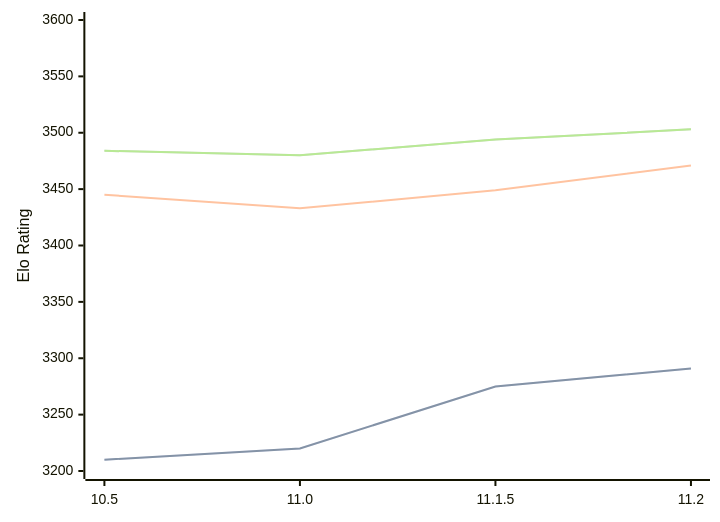
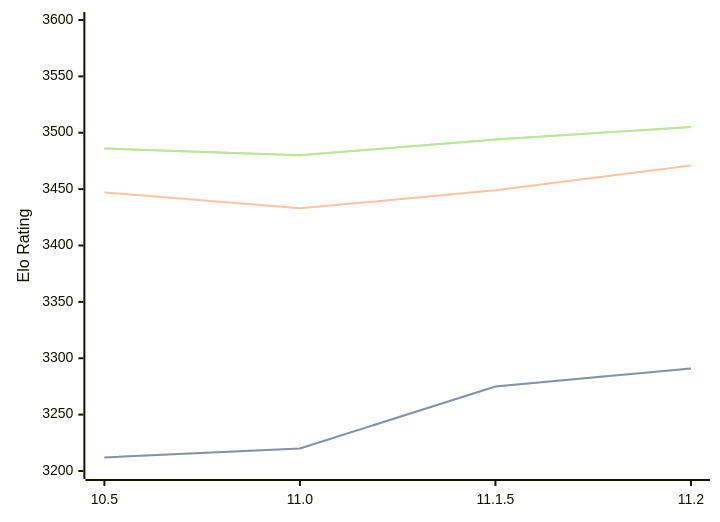
The third of 3 diagrams in engines/Lizard.md (computer-chess-index/cci), drawn with Mermaid before and after one commit. The commit also changed other lines of this file, not shown here.

Commit message:
Update CCI Ratings (ELO VLTC) - 2026-07-08

````diff
--- a/engines/Lizard.md
+++ b/engines/Lizard.md
@@ -79,11 +79,11 @@
 ```mermaid
 %%{init: {"theme":"base","themeVariables":{"seriesColors:['#a3a3a3','#222221','#faa371']}}}%%
 xychart-beta
   x-axis ["10.5", "11.0", "11.1.5", "11.2"]
   y-axis "Elo Rating" 3200 --> 3600
-  line "STC (8.0+0.08s)" [3210, 3220, 3275, 3291]
-  line "STC (8.0+0.08s)" [3210, 3220, 3275, 3291]
-  line "LTC (60.0+0.60s)" [3445, 3433, 3449, 3471]
-  line "VLTC (2m24s+1.12s)" [3484, 3480, 3494, 3503]
-  line "VLTC (2m24s+1.12s)" [3484, 3480, 3494, 3503]
+  line "STC (8.0+0.08s)" [3212, 3220, 3275, 3291]
+  line "STC (8.0+0.08s)" [3212, 3220, 3275, 3291]
+  line "LTC (60.0+0.60s)" [3447, 3433, 3449, 3471]
+  line "VLTC (2m24s+1.12s)" [3486, 3480, 3494, 3505]
+  line "VLTC (2m24s+1.12s)" [3486, 3480, 3494, 3505]
 ```
````
